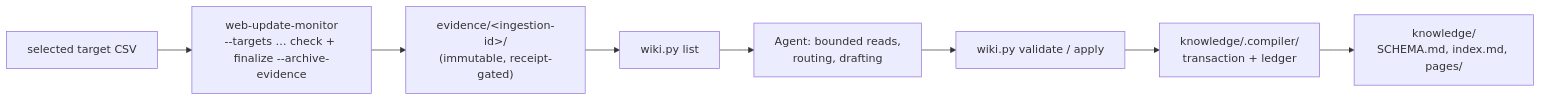
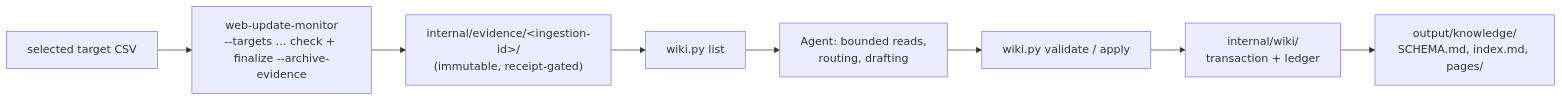
Before and after one commit to dceoy/wsum: the diagram in skills/web-update-monitor-llm-wiki/SKILL.md, drawn with Mermaid. The commit also changed other lines of this file and 9 other files, not shown here.

First line of the commit message:
Separate user-facing output from internal workspace data (#57)

````diff
--- a/skills/web-update-monitor-llm-wiki/SKILL.md
+++ b/skills/web-update-monitor-llm-wiki/SKILL.md
@@ -16,10 +16,10 @@
 ```mermaid
 flowchart LR
     CSV["selected target CSV"] --> CORE["web-update-monitor<br/>--targets … check + finalize --archive-evidence"]
-    CORE --> EV["evidence/&lt;ingestion-id&gt;/<br/>(immutable, receipt-gated)"]
+    CORE --> EV["internal/evidence/&lt;ingestion-id&gt;/<br/>(immutable, receipt-gated)"]
     EV --> LIST["wiki.py list"]
     LIST --> AGENT["Agent: bounded reads,<br/>routing, drafting"]
     AGENT --> VAL["wiki.py validate / apply"]
-    VAL --> WAL["knowledge/.compiler/<br/>transaction + ledger"]
-    WAL --> KB["knowledge/<br/>SCHEMA.md, index.md, pages/"]
+    VAL --> WAL["internal/wiki/<br/>transaction + ledger"]
+    WAL --> KB["output/knowledge/<br/>SCHEMA.md, index.md, pages/"]
 ```
````
